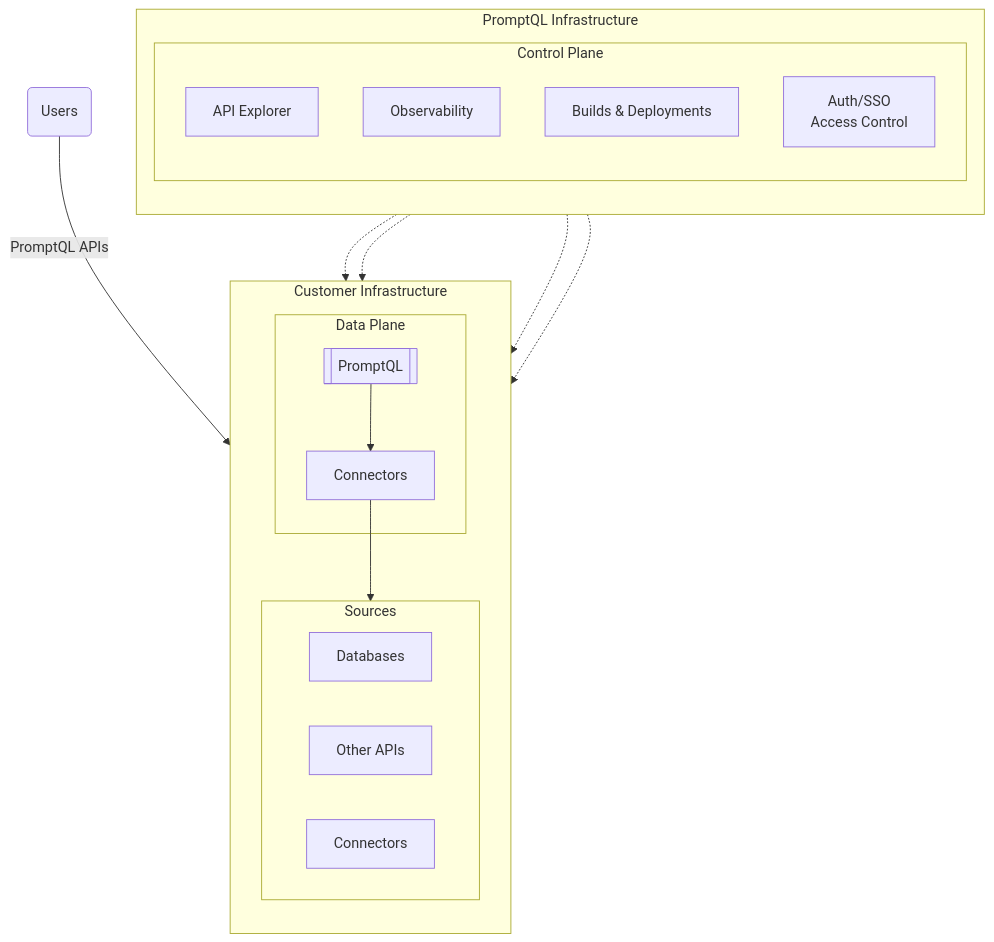
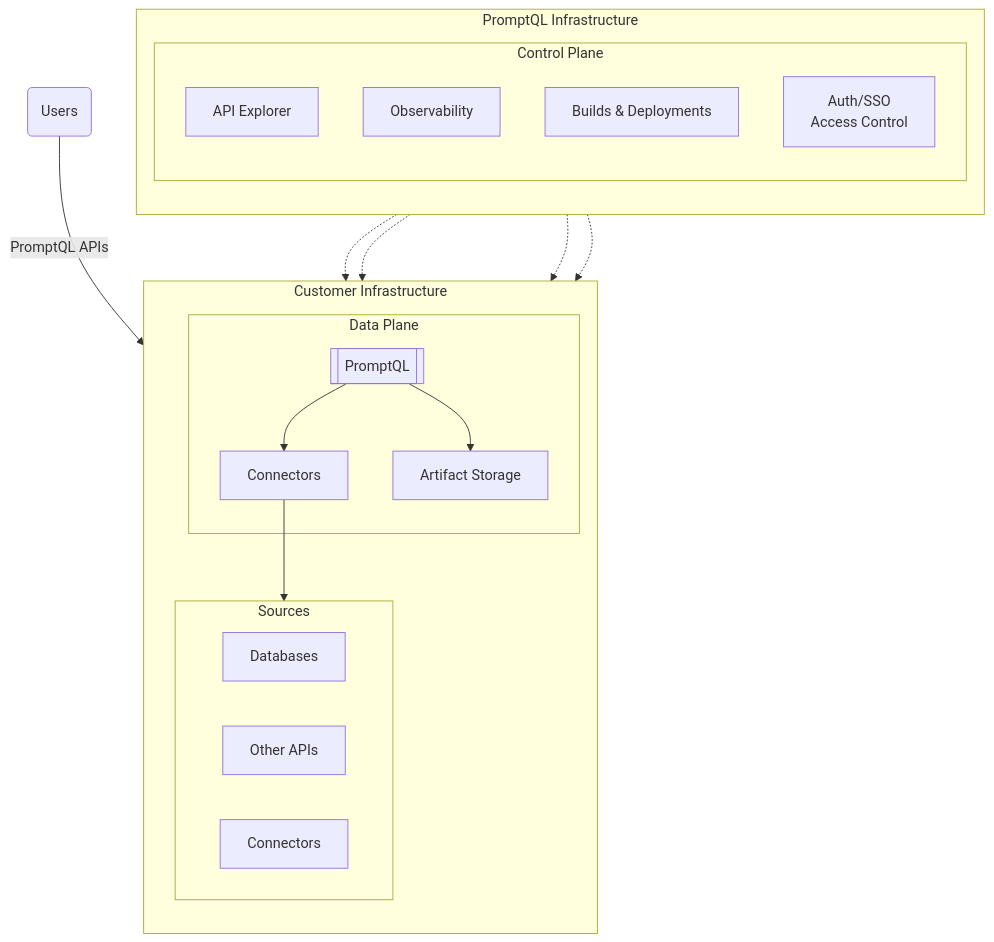
One commit to hasura/promptql-docs changed the diagram in docs/private-ddn/architecture/byoc.mdx. Above: the diagram before and after it, drawn with Mermaid. The commit also changed 1 other file, not shown here.

Commit message:
Docs: Update ERDs to include artifact storage (#209)
## Description 📝

Adds information for artifact storage to the existing ERDs.

````diff
--- a/docs/private-ddn/architecture/byoc.mdx
+++ b/docs/private-ddn/architecture/byoc.mdx
@@ -40,50 +40,54 @@
 ```mermaid
 flowchart TD
   %% Layout hints
   %% Top-to-bottom: PromptQL Infra (top), Customer Infra (bottom)
 
   %% ===== PromptQL Infrastructure =====
   subgraph pqlInfra[PromptQL Infrastructure]
     direction TB
     subgraph control[Control Plane]
       cp_api[API Explorer]
       cp_obs[Observability]
       cp_builds[Builds & Deployments]
       cp_auth[Auth/SSO<br/>Access Control]
     end
   end
 
   %% ===== Customer Infrastructure =====
   subgraph custInfra[Customer Infrastructure]
     direction TB
 
     %% --- Data Plane ---
     subgraph dp[Data Plane]
       pql_engine[[PromptQL]]
       dp_conn[Connectors]
+      dp_artifacts[Artifact Storage]
     end
 
     %% --- Sources ---
     subgraph src[Sources]
       src_db[Databases]
       src_api[Other APIs]
       src_conn[Connectors]
     end
   end
 
   %% ===== External User =====
   user(Users)
 
   %% ===== Relationships =====
   user -- "PromptQL APIs" --> pql_engine
 
   %% Data plane -> sources
   pql_engine --> dp_conn
   dp_conn --> src
 
+  %% PromptQL engine -> artifacts storage
+  pql_engine --> dp_artifacts
+
   %% Control plane to data plane (management/ops)
   cp_api -.-> pql_engine
   cp_obs -.-> pql_engine
   cp_builds -.-> pql_engine
   cp_auth -.-> pql_engine
 ```
````
